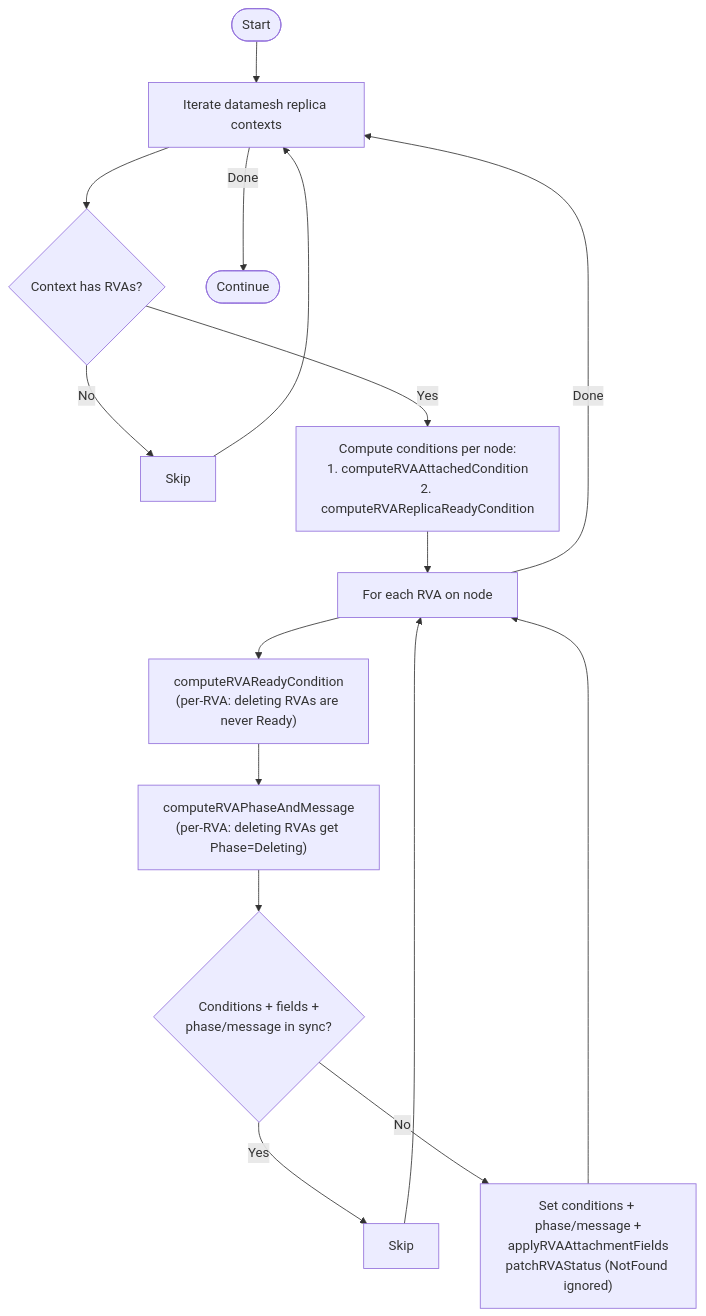
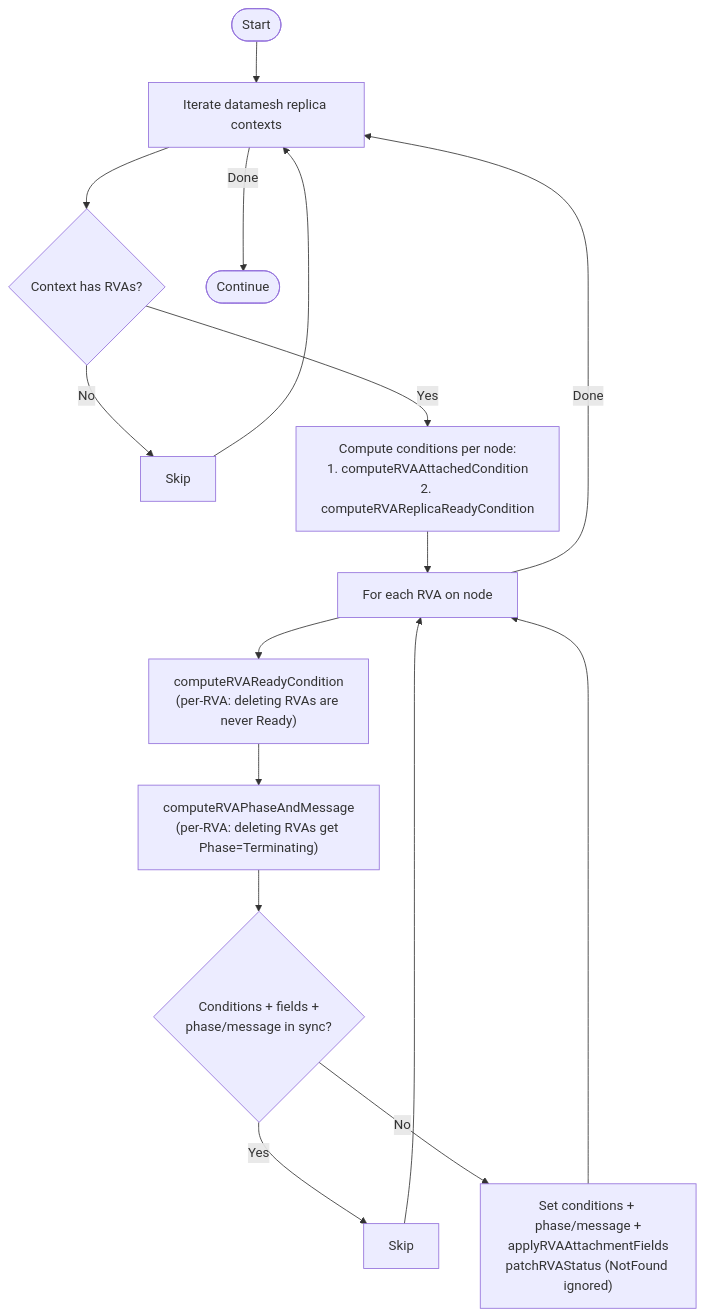
The eighth of 9 diagrams in images/controller/internal/controllers/rv_controller/README.md (deckhouse/sds-replicated-volume), drawn with Mermaid before and after one commit. The commit also changed other lines of this file and 21 other files, not shown here.

First line of the commit message:
[api, controller] Rename Deleting to Terminating in phase values and condition reasons

````diff
--- a/images/controller/internal/controllers/rv_controller/README.md
+++ b/images/controller/internal/controllers/rv_controller/README.md
@@ -646,18 +646,18 @@
 ```mermaid
 flowchart TD
     Start([Start]) --> IterContexts["Iterate datamesh replica contexts"]
     IterContexts --> CheckRVAs{"Context has RVAs?"}
     CheckRVAs -->|No| SkipNode[Skip]
     CheckRVAs -->|Yes| ComputeConds["Compute conditions per node:<br/>1. computeRVAAttachedCondition<br/>2. computeRVAReplicaReadyCondition"]
     ComputeConds --> IterRVAs["For each RVA on node"]
     IterRVAs --> ComputeReady["computeRVAReadyCondition<br/>(per-RVA: deleting RVAs are never Ready)"]
-    ComputeReady --> ComputePhase["computeRVAPhaseAndMessage<br/>(per-RVA: deleting RVAs get Phase=Deleting)"]
+    ComputeReady --> ComputePhase["computeRVAPhaseAndMessage<br/>(per-RVA: deleting RVAs get Phase=Terminating)"]
     ComputePhase --> CheckSync{"Conditions + fields +<br/>phase/message in sync?"}
     CheckSync -->|Yes| SkipRVA[Skip]
     CheckSync -->|No| Patch["Set conditions + phase/message +<br/>applyRVAAttachmentFields<br/>patchRVAStatus (NotFound ignored)"]
     SkipRVA --> IterRVAs
     Patch --> IterRVAs
     IterRVAs -->|Done| IterContexts
     SkipNode --> IterContexts
     IterContexts -->|Done| End([Continue])
 ```
````
